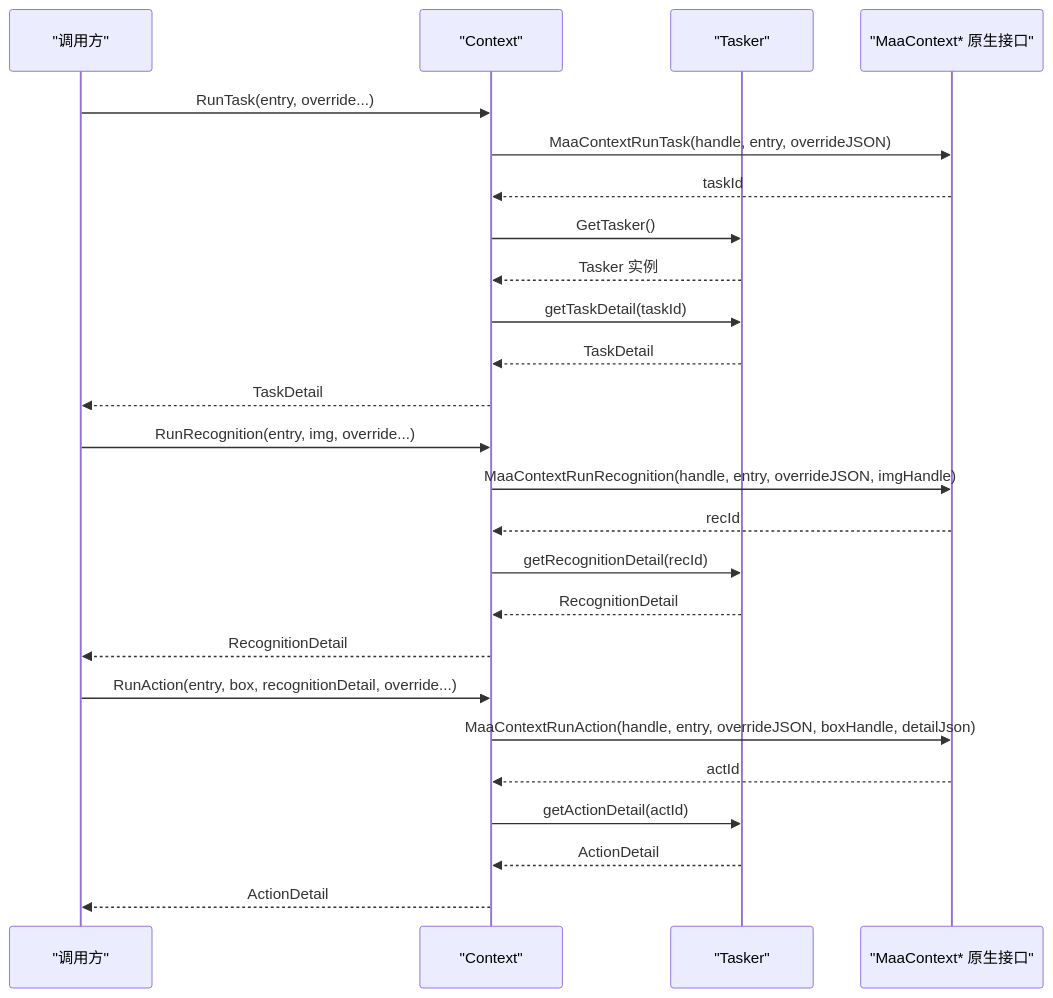
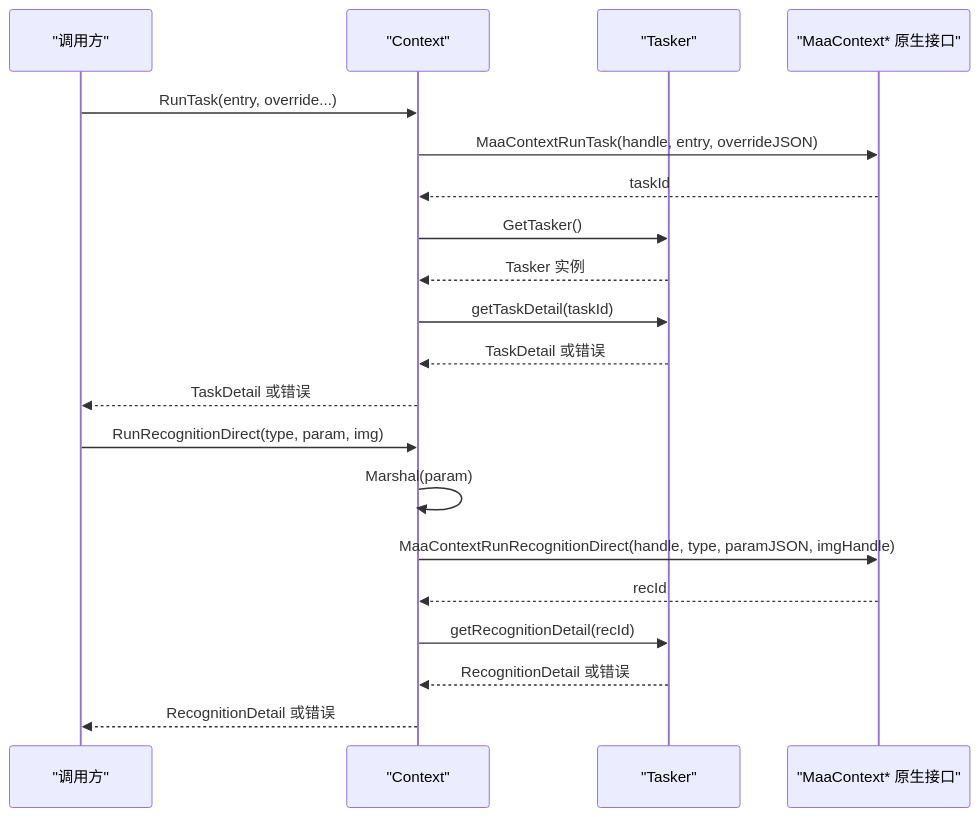
One commit to kqcoxn/MaaPipelineEditor changed the second of 7 diagrams in instructions/maafw-golang-binding/API参考/执行上下文.md. Above: the diagram before and after it, drawn with Mermaid. The commit also changed other lines of this file and 10 other files, not shown here.

````diff
--- a/instructions/maafw-golang-binding/API参考/执行上下文.md
+++ b/instructions/maafw-golang-binding/API参考/执行上下文.md
@@ -114,27 +140,22 @@
 ```mermaid
 sequenceDiagram
 participant Caller as "调用方"
 participant Ctx as "Context"
 participant Tsk as "Tasker"
 participant Native as "MaaContext* 原生接口"
 Caller->>Ctx : RunTask(entry, override...)
 Ctx->>Native : MaaContextRunTask(handle, entry, overrideJSON)
 Native-->>Ctx : taskId
 Ctx->>Tsk : GetTasker()
 Tsk-->>Ctx : Tasker 实例
 Ctx->>Tsk : getTaskDetail(taskId)
-Tsk-->>Ctx : TaskDetail
-Ctx-->>Caller : TaskDetail
-Caller->>Ctx : RunRecognition(entry, img, override...)
-Ctx->>Native : MaaContextRunRecognition(handle, entry, overrideJSON, imgHandle)
+Tsk-->>Ctx : TaskDetail 或错误
+Ctx-->>Caller : TaskDetail 或错误
+Caller->>Ctx : RunRecognitionDirect(type, param, img)
+Ctx->>Ctx : Marshal(param)
+Ctx->>Native : MaaContextRunRecognitionDirect(handle, type, paramJSON, imgHandle)
 Native-->>Ctx : recId
 Ctx->>Tsk : getRecognitionDetail(recId)
-Tsk-->>Ctx : RecognitionDetail
-Ctx-->>Caller : RecognitionDetail
-Caller->>Ctx : RunAction(entry, box, recognitionDetail, override...)
-Ctx->>Native : MaaContextRunAction(handle, entry, overrideJSON, boxHandle, detailJson)
-Native-->>Ctx : actId
-Ctx->>Tsk : getActionDetail(actId)
-Tsk-->>Ctx : ActionDetail
-Ctx-->>Caller : ActionDetail
+Tsk-->>Ctx : RecognitionDetail 或错误
+Ctx-->>Caller : RecognitionDetail 或错误
 ```
````
